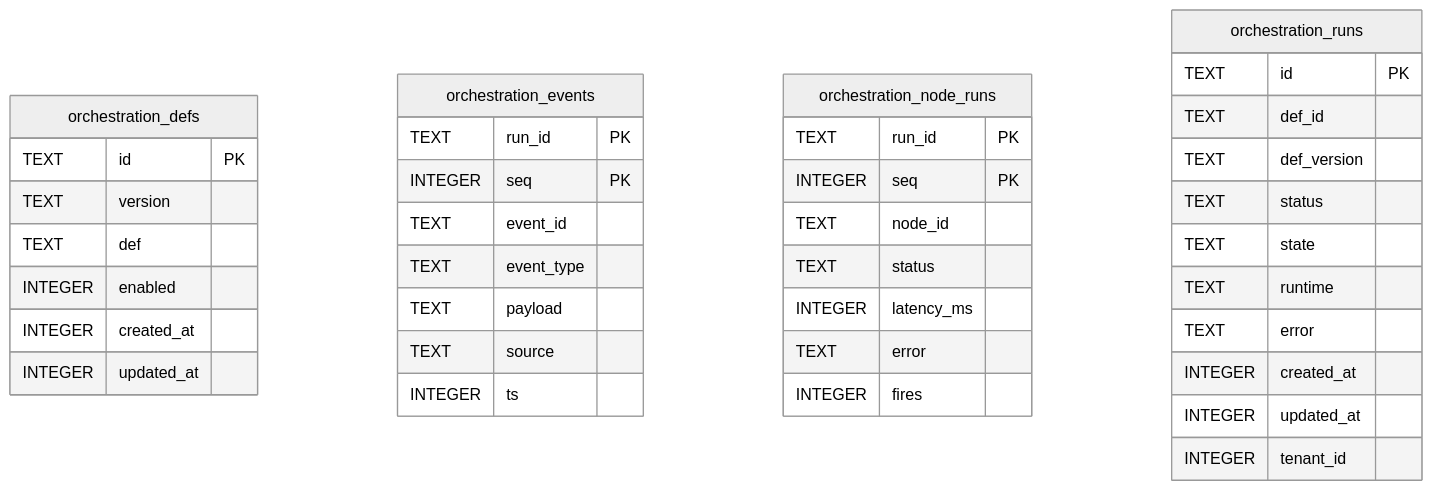
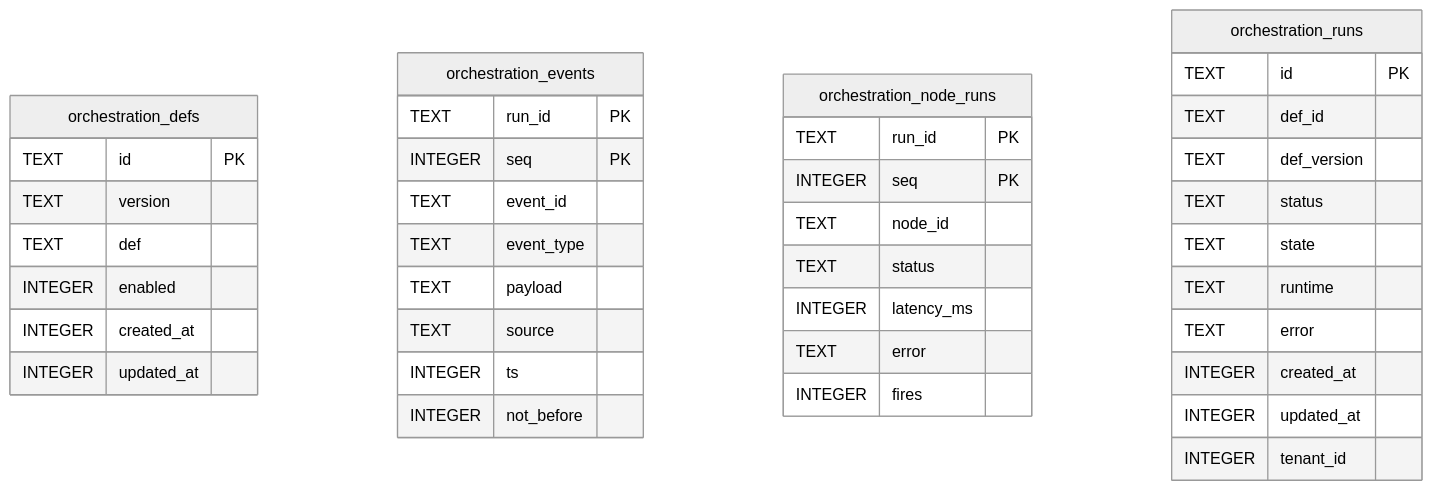
The diagram in content/docs/pt-BR/developers/plugins/orchestrator/reference/schema.mmd (ktbhealth/docs), drawn with Mermaid (neutral theme) before and after one commit. The commit also changed 7 other files, not shown here.

First line of the commit message:
docs(erd): orchestration_events.not_before for feat/state-machine-plugin

```diff
--- a/content/docs/pt-BR/developers/plugins/orchestrator/reference/schema.mmd
+++ b/content/docs/pt-BR/developers/plugins/orchestrator/reference/schema.mmd
@@ -1,41 +1,42 @@
 erDiagram
 
 
 "orchestration_defs" {
   TEXT id PK
   TEXT version
   TEXT def
   INTEGER enabled
   INTEGER created_at
   INTEGER updated_at
 }
 "orchestration_events" {
   TEXT run_id PK
   INTEGER seq PK
   TEXT event_id
   TEXT event_type
   TEXT payload
   TEXT source
   INTEGER ts
+  INTEGER not_before
 }
 "orchestration_node_runs" {
   TEXT run_id PK
   INTEGER seq PK
   TEXT node_id
   TEXT status
   INTEGER latency_ms
   TEXT error
   INTEGER fires
 }
 "orchestration_runs" {
   TEXT id PK
   TEXT def_id
   TEXT def_version
   TEXT status
   TEXT state
   TEXT runtime
   TEXT error
   INTEGER created_at
   INTEGER updated_at
   INTEGER tenant_id
 }
```
